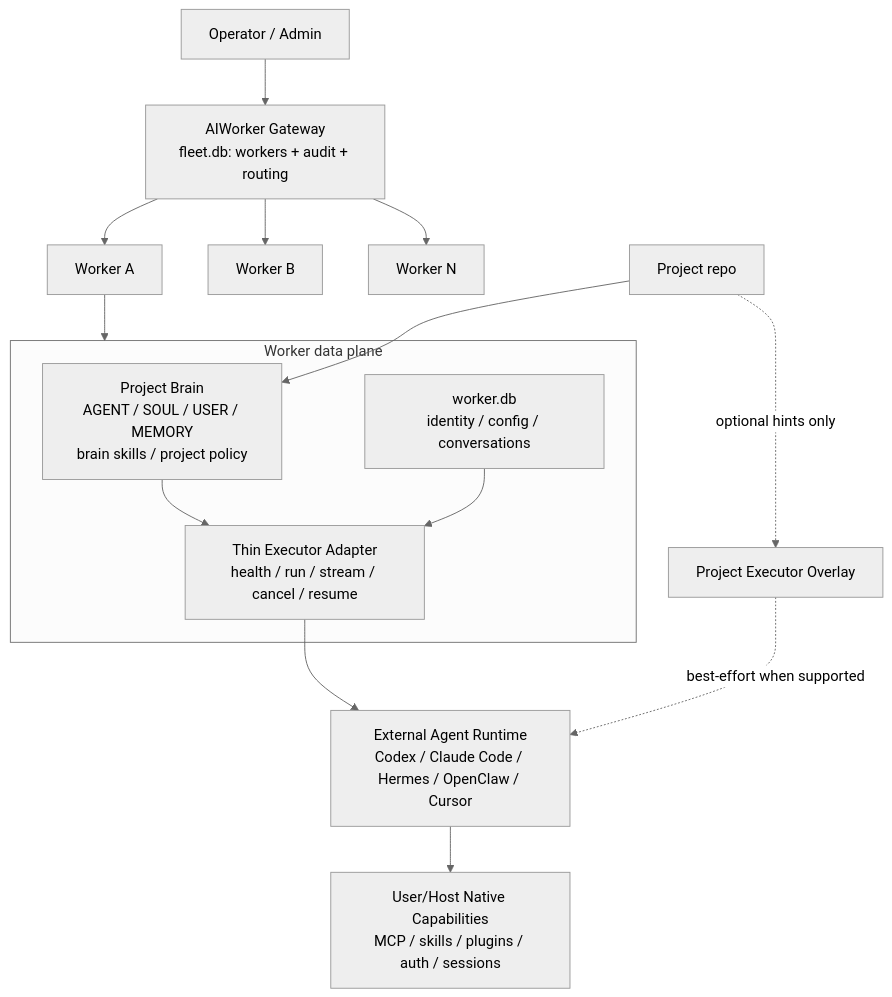
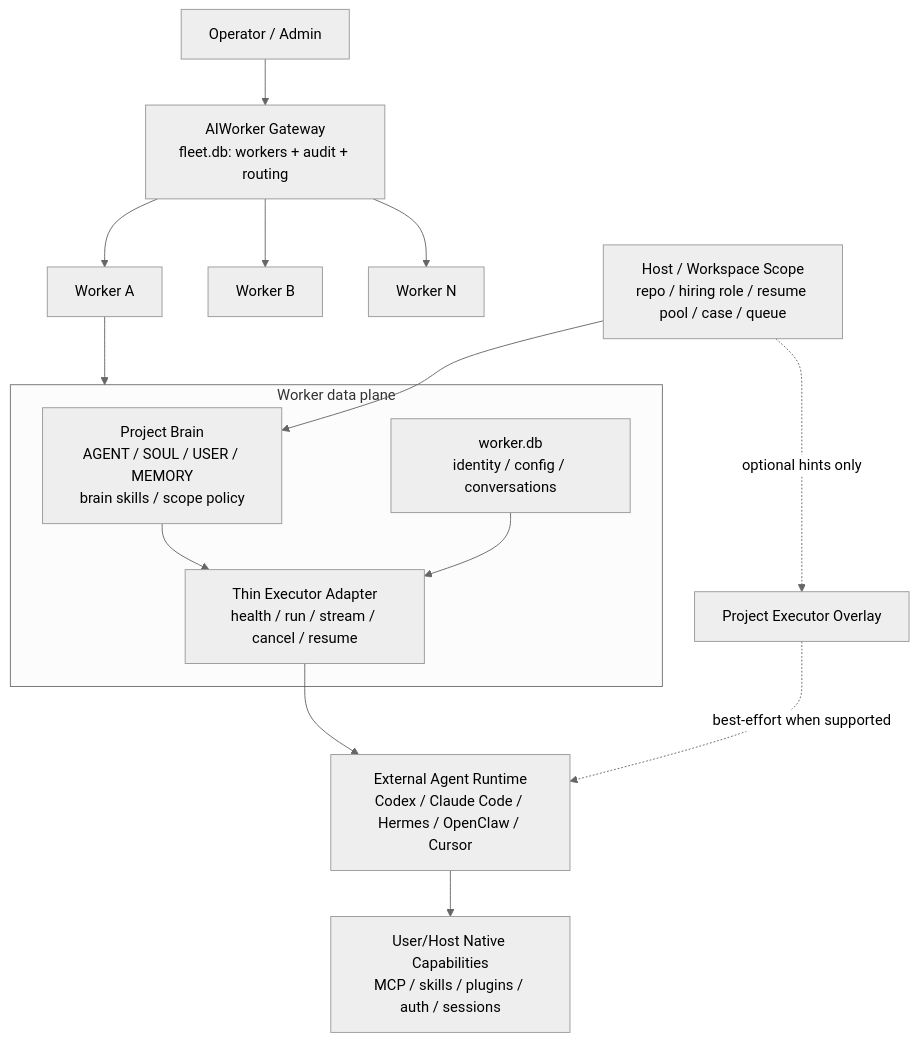
Before and after one commit to ZonEaseTech/aiworker: the first of 2 diagrams in docs/architecture.md, drawn with Mermaid (neutral theme). The commit also changed other lines of this file and 7 other files, not shown here.

Commit message:
docs: 明确 Project scope 为业务作用域

````diff
--- a/docs/architecture.md
+++ b/docs/architecture.md
@@ -48,22 +55,22 @@
 ```mermaid
 flowchart TB
   Operator["Operator / Admin"] --> Gateway["AIWorker Gateway<br/>fleet.db: workers + audit + routing"]
   Gateway --> WorkerA["Worker A"]
   Gateway --> WorkerB["Worker B"]
   Gateway --> WorkerN["Worker N"]
 
   subgraph Worker["Worker data plane"]
-    Brain["Project Brain<br/>AGENT / SOUL / USER / MEMORY<br/>brain skills / project policy"]
+    Brain["Project Brain<br/>AGENT / SOUL / USER / MEMORY<br/>brain skills / scope policy"]
     State["worker.db<br/>identity / config / conversations"]
     Adapter["Thin Executor Adapter<br/>health / run / stream / cancel / resume"]
     Brain --> Adapter
     State --> Adapter
   end
 
   WorkerA --> Worker
   Adapter --> Executor["External Agent Runtime<br/>Codex / Claude Code / Hermes / OpenClaw / Cursor"]
   Executor --> Ambient["User/Host Native Capabilities<br/>MCP / skills / plugins / auth / sessions"]
-  Project["Project repo"] --> Brain
+  Project["Host / Workspace Scope<br/>repo / hiring role / resume pool / case / queue"] --> Brain
   Project -. "optional hints only" .-> Overlay["Project Executor Overlay"]
   Overlay -. "best-effort when supported" .-> Executor
 ```
````
